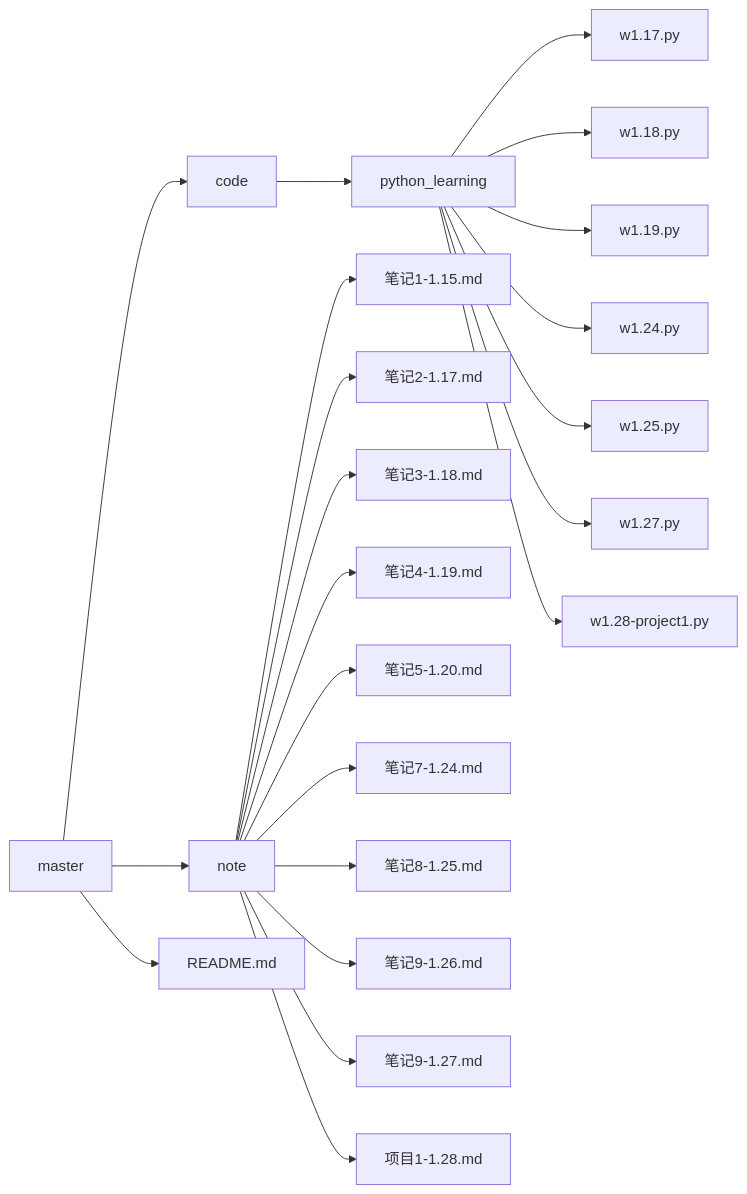
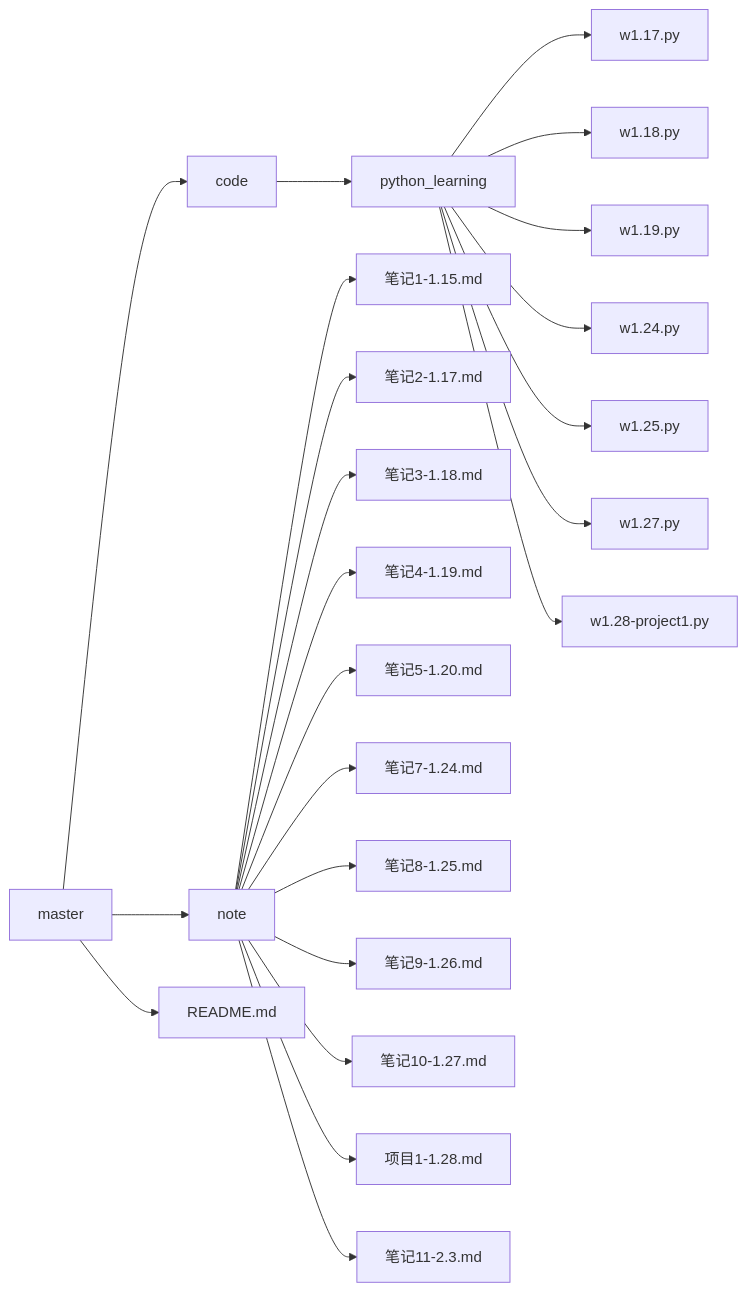
The diagram in README.md (sevanthea7/QG_winter_camp), drawn with Mermaid before and after one commit. The commit also changed other lines of this file, not shown here.

````diff
--- a/README.md
+++ b/README.md
@@ -1,24 +1,25 @@
 ```mermaid
 graph LR
 master --> code
 code --> python_learning
 python_learning --> w1.17.py
 python_learning --> w1.18.py
 python_learning --> w1.19.py
 python_learning --> w1.24.py
 python_learning --> w1.25.py
 python_learning --> w1.27.py
 python_learning --> w1.28-project1.py
 master --> note
 note --> 笔记1-1.15.md
 note --> 笔记2-1.17.md
 note --> 笔记3-1.18.md
 note --> 笔记4-1.19.md
 note --> 笔记5-1.20.md
 note --> 笔记7-1.24.md
 note --> 笔记8-1.25.md
 note --> 笔记9-1.26.md
-note --> 笔记9-1.27.md
+note --> 笔记10-1.27.md
 note --> 项目1-1.28.md
+note --> 笔记11-2.3.md
 master --> README.md
 ```
````
